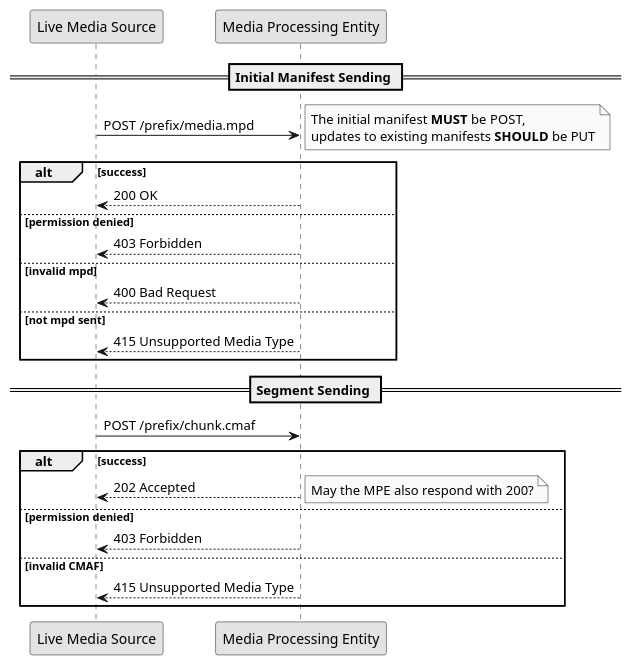
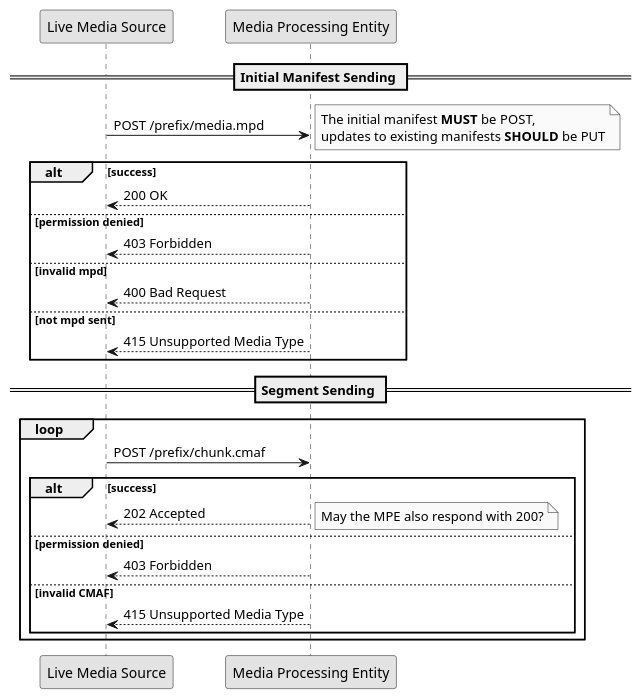
The diagram in ingest-interactions/diagrams/main.puml (unifiedstreaming/fmp4-ingest), drawn with PlantUML before and after one commit.

Commit message:
Placing segment uploading inside of loop

```diff
--- a/ingest-interactions/diagrams/main.puml
+++ b/ingest-interactions/diagrams/main.puml
@@ -1,42 +1,46 @@
 @startuml
 
 skinparam monochrome true
 skinparam shadowing false
 
 participant "Live Media Source" as Encoder
 participant "Media Processing Entity" as Packager
 
 == Initial Manifest Sending ==
 
 Encoder -> Packager: POST /prefix/media.mpd
 note right
     The initial manifest <b>MUST</b> be POST,
     updates to existing manifests <b>SHOULD</b> be PUT
 end note
 
 alt success
     Packager --> Encoder: 200 OK
 else permission denied
     Packager --> Encoder: 403 Forbidden
 else invalid mpd
     Packager --> Encoder: 400 Bad Request
 else not mpd sent
     Packager --> Encoder: 415 Unsupported Media Type
 end
 
 == Segment Sending ==
 
-Encoder -> Packager: POST /prefix/chunk.cmaf
+loop
 
-alt success
-    Packager --> Encoder: 202 Accepted
-    note right
-        May the MPE also respond with 200?
-    end note
-else permission denied
-    Packager --> Encoder: 403 Forbidden
-else invalid CMAF
-        Packager --> Encoder: 415 Unsupported Media Type
+    Encoder -> Packager: POST /prefix/chunk.cmaf
+
+    alt success
+        Packager --> Encoder: 202 Accepted
+        note right
+            May the MPE also respond with 200?
+        end note
+    else permission denied
+        Packager --> Encoder: 403 Forbidden
+    else invalid CMAF
+            Packager --> Encoder: 415 Unsupported Media Type
+    end
+
 end
 
 @enduml
```
